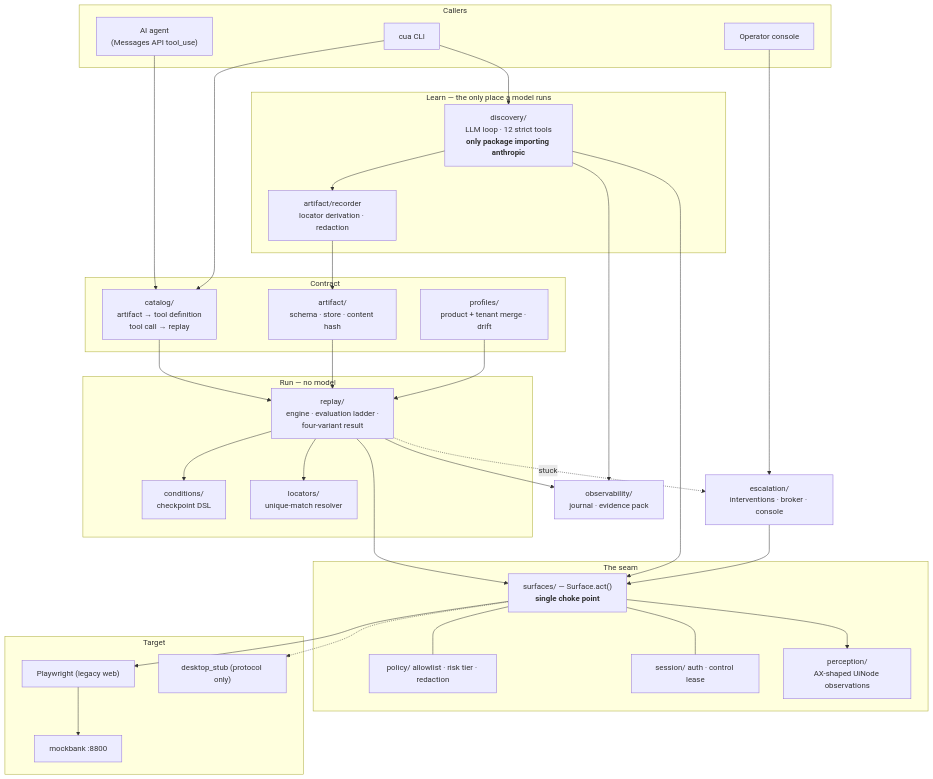
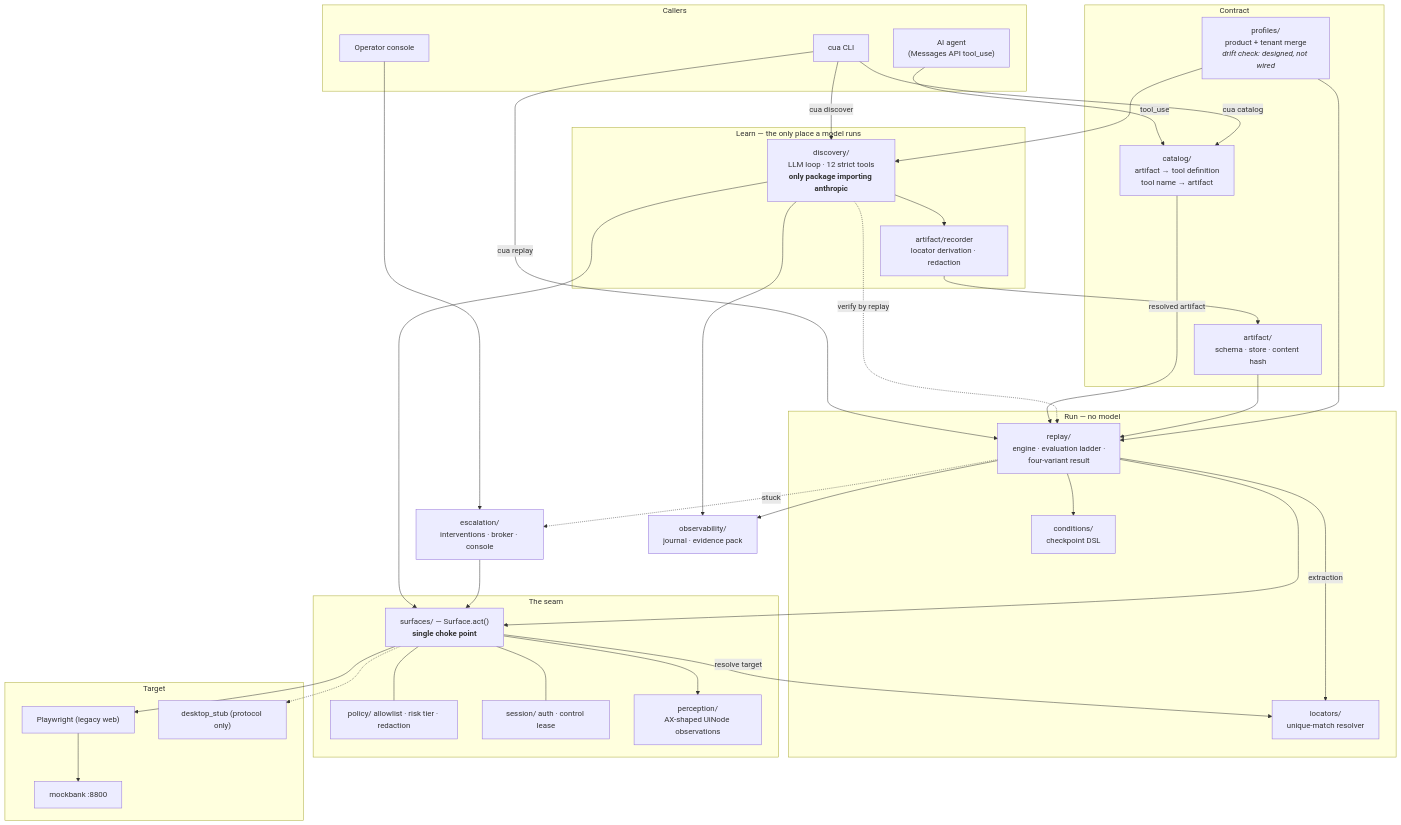
One commit to omkarkorde27/automation-assessment changed the ninth of 9 diagrams in README.md. Above: the diagram before and after it, drawn with Mermaid. The commit also changed other lines of this file, not shown here.

````diff
--- a/README.md
+++ b/README.md
@@ -295,62 +328,66 @@
 ```mermaid
 flowchart TB
     subgraph CALLERS["Callers"]
         AGENT["AI agent<br/>(Messages API tool_use)"]
         CLI["cua CLI"]
         OPS["Operator console"]
     end
 
     subgraph LEARN["Learn — the only place a model runs"]
         DISC["discovery/<br/>LLM loop · 12 strict tools<br/><b>only package importing anthropic</b>"]
         RECD["artifact/recorder<br/>locator derivation · redaction"]
     end
 
     subgraph CONTRACT["Contract"]
         ART["artifact/<br/>schema · store · content hash"]
-        CAT["catalog/<br/>artifact → tool definition<br/>tool call → replay"]
-        PROF["profiles/<br/>product + tenant merge · drift"]
+        CAT["catalog/<br/>artifact → tool definition<br/>tool name → artifact"]
+        PROF["profiles/<br/>product + tenant merge<br/><i>drift check: designed, not wired</i>"]
     end
 
     subgraph RUN["Run — no model"]
         REP["replay/<br/>engine · evaluation ladder ·<br/>four-variant result"]
         COND["conditions/<br/>checkpoint DSL"]
         LOC["locators/<br/>unique-match resolver"]
     end
 
     subgraph SEAM["The seam"]
         SURF["surfaces/ — Surface.act()<br/><b>single choke point</b>"]
         POL["policy/ allowlist · risk tier · redaction"]
         SESS["session/ auth · control lease"]
         PERC["perception/<br/>AX-shaped UiNode observations"]
     end
 
     subgraph TARGET["Target"]
         PW["Playwright (legacy web)"]
         DESK["desktop_stub (protocol only)"]
         APP["mockbank :8800"]
     end
 
     ESC["escalation/<br/>interventions · broker · console"]
     OBS["observability/<br/>journal · evidence pack"]
 
-    AGENT --> CAT
-    CLI --> CAT
-    CLI --> DISC
-    CAT --> REP
+    AGENT -->|tool_use| CAT
+    CLI -->|cua catalog| CAT
+    CLI -->|cua discover| DISC
+    CLI -->|cua replay| REP
+    CAT -->|resolved artifact| REP
     DISC --> RECD --> ART
+    DISC -.verify by replay.-> REP
     ART --> REP
     PROF --> REP
+    PROF --> DISC
     REP --> COND
-    REP --> LOC
+    REP -->|extraction| LOC
     REP --> SURF
     DISC --> SURF
+    SURF -->|resolve target| LOC
     OPS --> ESC --> SURF
     REP -.stuck.-> ESC
     SURF --- POL
     SURF --- SESS
     SURF --> PERC
     SURF --> PW --> APP
     SURF -.-> DESK
     REP --> OBS
     DISC --> OBS
 ```
````
